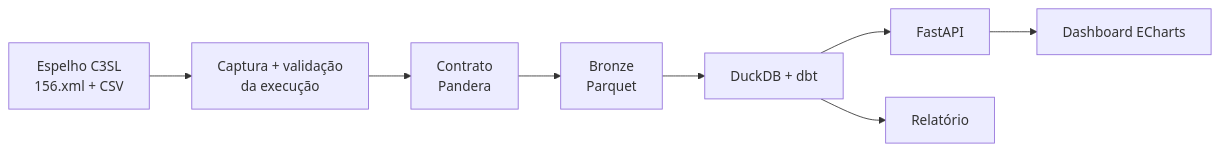
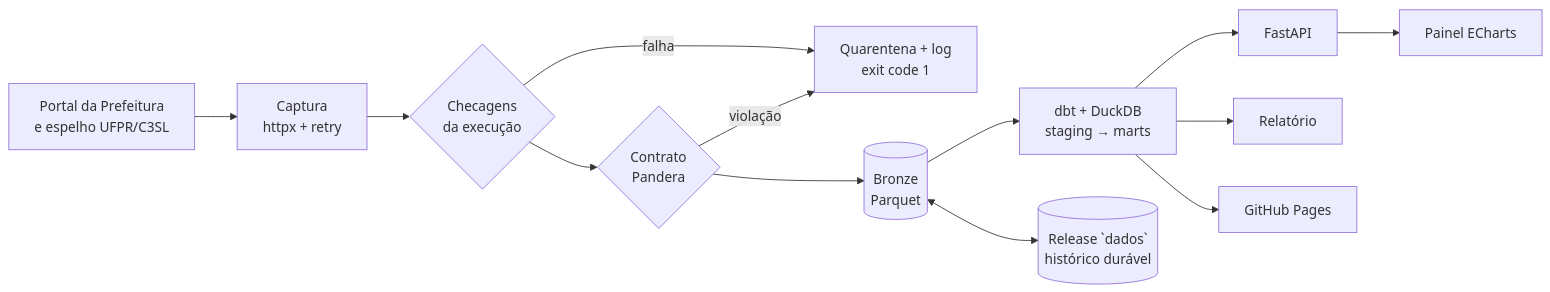
Before and after one commit to MelsarDalRiFilho/CwbDataSIAC: the diagram in README.md, drawn with Mermaid. The commit also changed other lines of this file and 10 other files, not shown here.

First line of the commit message:
feat: atualização diária, histórico durável e vitrine do README (fase 8)

````diff
--- a/README.md
+++ b/README.md
@@ -27,10 +35,15 @@
 ```mermaid
 flowchart LR
-    A[Espelho C3SL<br/>156.xml + CSV] --> B[Captura + validação<br/>da execução]
-    B --> D[Contrato<br/>Pandera]
-    D --> C[Bronze<br/>Parquet]
-    C --> E[DuckDB + dbt]
-    E --> F[FastAPI]
-    F --> G[Dashboard ECharts]
-    E --> H[Relatório]
+    A[Portal da Prefeitura<br/>e espelho UFPR/C3SL] --> B[Captura<br/>httpx + retry]
+    B --> C{Checagens<br/>da execução}
+    C -- falha --> Q[Quarentena + log<br/>exit code 1]
+    C --> D{Contrato<br/>Pandera}
+    D -- violação --> Q
+    D --> E[(Bronze<br/>Parquet)]
+    E --> F[dbt + DuckDB<br/>staging → marts]
+    F --> G[FastAPI]
+    G --> H[Painel ECharts]
+    F --> I[Relatório]
+    F --> J[GitHub Pages]
+    E <--> R[(Release `dados`<br/>histórico durável)]
 ```
````
